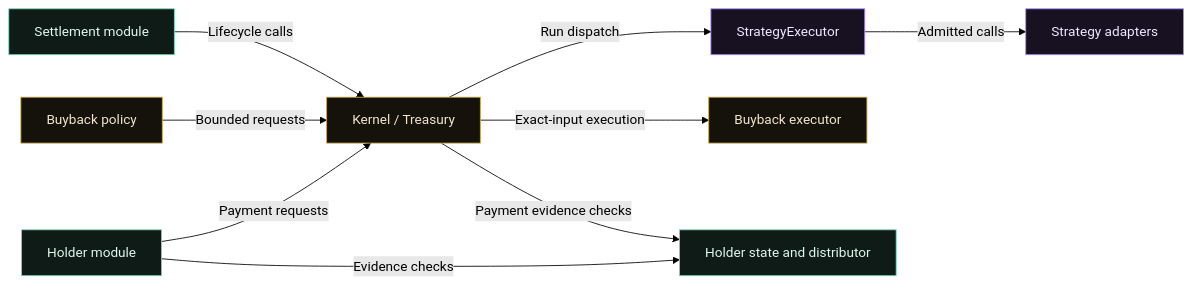
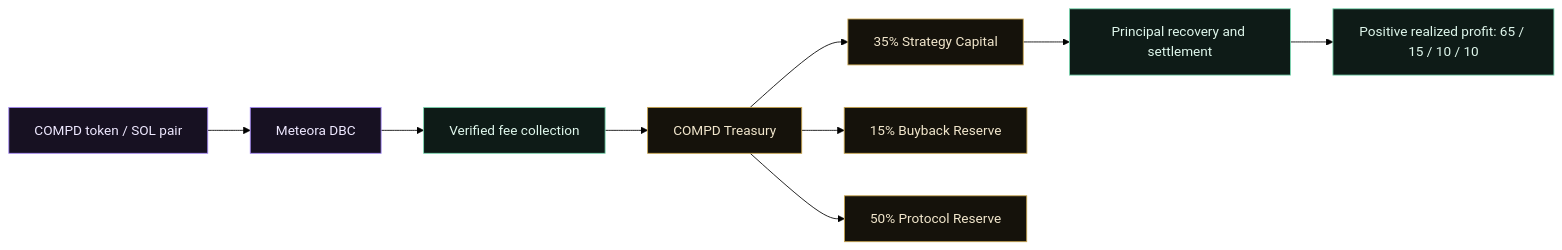
Before and after one commit to CompdProtocol/CompdProtocol: the diagram in README.md, drawn with Mermaid (forest theme). The commit also changed other lines of this file and 4 other files, not shown here.

Commit message:
docs: align COMPD GitHub presentation with Solana and Meteora DBC

````diff
--- a/README.md
+++ b/README.md
@@ -161,17 +161,17 @@
 ```mermaid
 flowchart LR
-    S["Settlement module"] -->|Lifecycle calls| K["Kernel / Treasury"]
-    K -->|Run dispatch| E["StrategyExecutor"]
-    E -->|Admitted calls| A["Strategy adapters"]
-    B["Buyback policy"] -->|Bounded requests| K
-    K -->|Exact-input execution| X["Buyback executor"]
-    H["Holder module"] -->|Payment requests| K
-    H -->|Evidence checks| R["Holder state and distributor"]
-    K -->|Payment evidence checks| R
+    T["COMPD token / SOL pair"] --> D["Meteora DBC"]
+    D --> F["Verified fee collection"]
+    F --> K["COMPD Treasury"]
+    K --> S["35% Strategy Capital"]
+    K --> B["15% Buyback Reserve"]
+    K --> P["50% Protocol Reserve"]
+    S --> R["Principal recovery and settlement"]
+    R --> Q["Positive realized profit: 65 / 15 / 10 / 10"]
     classDef treasury fill:#15120b,stroke:#C9A44C,color:#F1E6CC;
     classDef execution fill:#171122,stroke:#A78BFA,color:#EEE8FF;
     classDef evidence fill:#0e1b17,stroke:#7AD9B2,color:#DFF7EC;
-    class K,B,X treasury;
-    class E,A execution;
-    class S,H,R evidence;
+    class K,S,B,P treasury;
+    class T,D execution;
+    class F,R,Q evidence;
 ```
````
